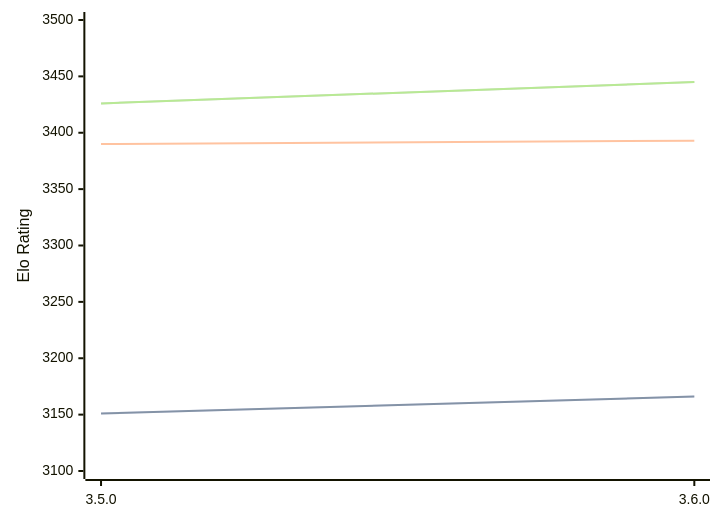
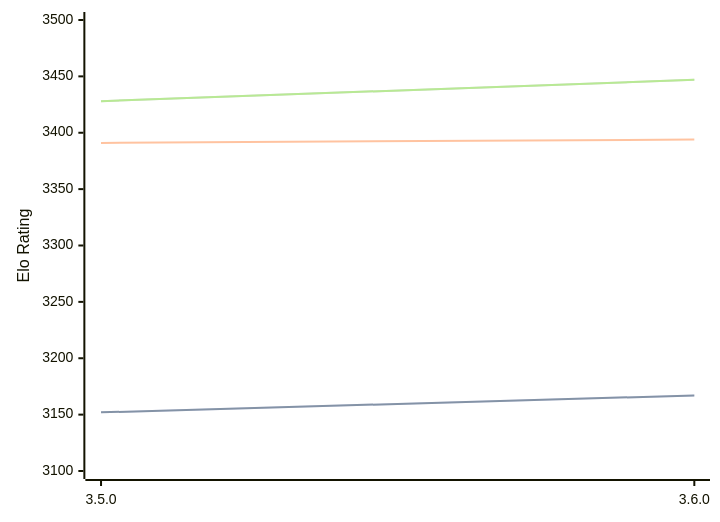
The diagram in engines/Igel.md (computer-chess-index/cci), drawn with Mermaid before and after one commit. The commit also changed other lines of this file, not shown here.

Commit message:
Update CCI Ratings (ELO VLTC) - 2026-07-23

````diff
--- a/engines/Igel.md
+++ b/engines/Igel.md
@@ -68,11 +68,11 @@
 ```mermaid
 %%{init: {"theme":"base","themeVariables":{"seriesColors:['#a3a3a3','#222221','#faa371']}}}%%
 xychart-beta
   x-axis ["3.5.0", "3.6.0"]
   y-axis "Elo Rating" 3100 --> 3500
-  line "STC (8.0+0.08s)" [3151, 3166]
-  line "STC (8.0+0.08s)" [3151, 3166]
-  line "LTC (60.0+0.60s)" [3390, 3393]
-  line "VLTC (2m24s+1.12s)" [3426, 3445]
-  line "VLTC (2m24s+1.12s)" [3426, 3445]
+  line "STC (8.0+0.08s)" [3152, 3167]
+  line "STC (8.0+0.08s)" [3152, 3167]
+  line "LTC (60.0+0.60s)" [3391, 3394]
+  line "VLTC (2m24s+1.12s)" [3428, 3447]
+  line "VLTC (2m24s+1.12s)" [3428, 3447]
 ```
````
